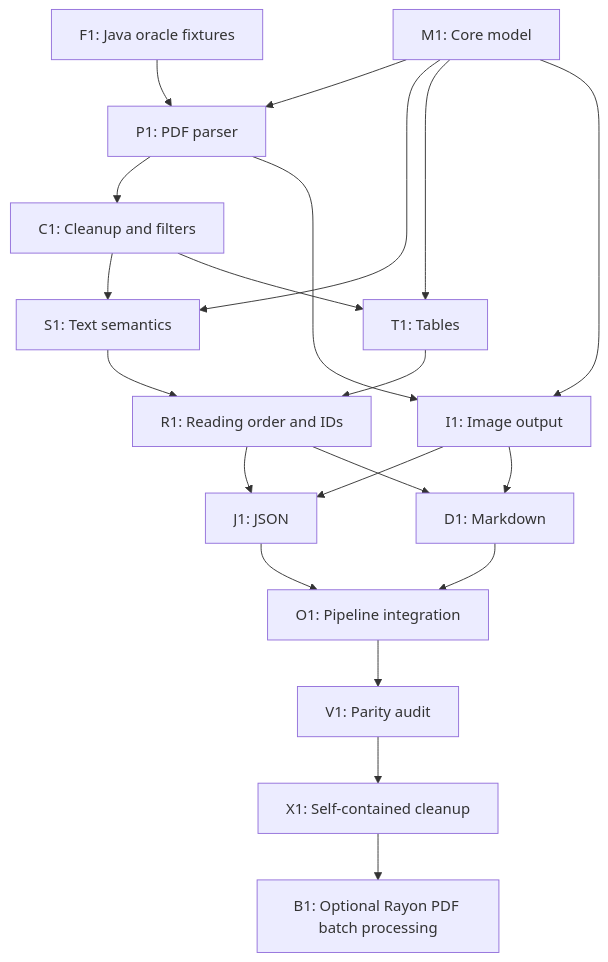
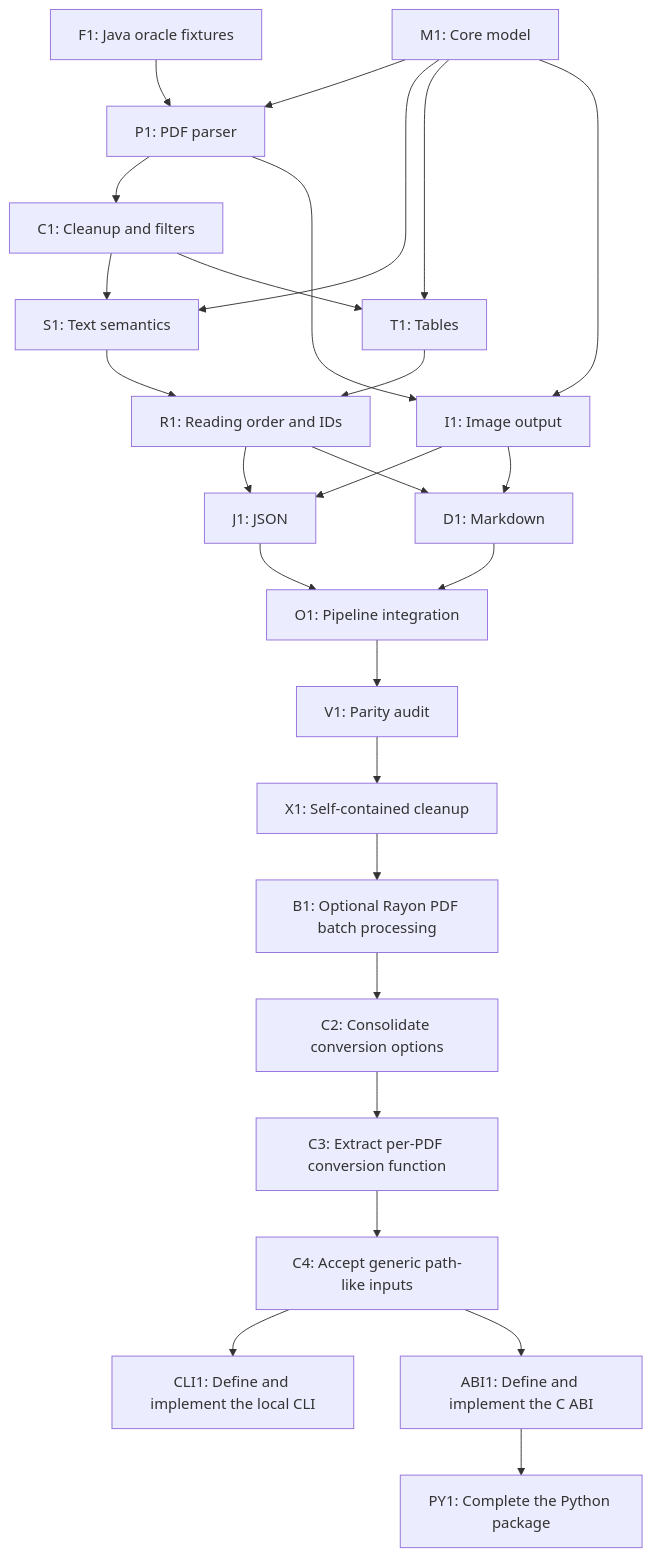
The diagram in .codex/TASK.md (aaarrti/opendataloader-pdf), drawn with Mermaid before and after one commit. The commit also changed other lines of this file and 6 other files, not shown here.

````diff
--- a/.codex/TASK.md
+++ b/.codex/TASK.md
@@ -51,23 +52,29 @@
 ```mermaid
 flowchart TD
     F1["F1: Java oracle fixtures"] --> P1["P1: PDF parser"]
     M1["M1: Core model"] --> P1
     P1 --> C1["C1: Cleanup and filters"]
     M1 --> S1["S1: Text semantics"]
     C1 --> S1
     M1 --> T1["T1: Tables"]
     C1 --> T1
     M1 --> I1["I1: Image output"]
     P1 --> I1
     S1 --> R1["R1: Reading order and IDs"]
     T1 --> R1
     R1 --> J1["J1: JSON"]
     R1 --> D1["D1: Markdown"]
     I1 --> J1
     I1 --> D1
     J1 --> O1["O1: Pipeline integration"]
     D1 --> O1
     O1 --> V1["V1: Parity audit"]
     V1 --> X1["X1: Self-contained cleanup"]
     X1 --> B1["B1: Optional Rayon PDF batch processing"]
+    B1 --> C2["C2: Consolidate conversion options"]
+    C2 --> C3["C3: Extract per-PDF conversion function"]
+    C3 --> C4["C4: Accept generic path-like inputs"]
+    C4 --> CLI1["CLI1: Define and implement the local CLI"]
+    C4 --> ABI1["ABI1: Define and implement the C ABI"]
+    ABI1 --> PY1["PY1: Complete the Python package"]
 ```
````
